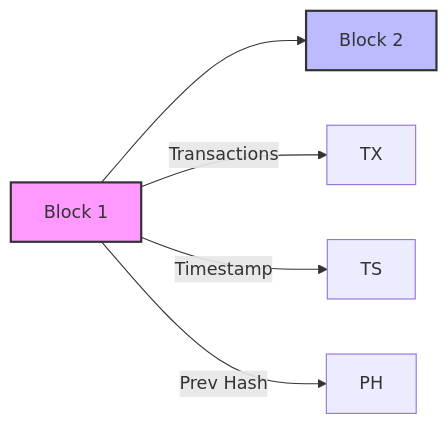
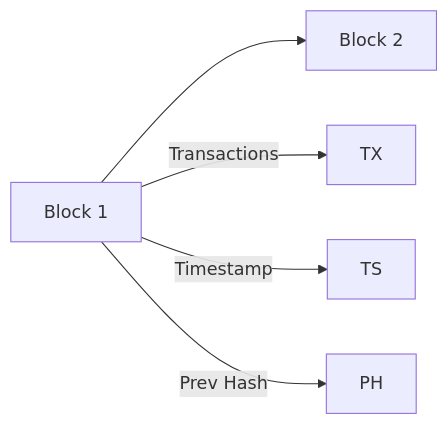
One commit to MrRogueKnight/Dev3Pack-Lisk-Solidity-Bootcamp-2025 changed the first of 5 diagrams in homework/week1-article-blockchain.md. Above: the diagram before and after it, drawn with Mermaid. The commit also changed other lines of this file, not shown here.

````diff
--- a/homework/week1-article-blockchain.md
+++ b/homework/week1-article-blockchain.md
@@ -40,9 +39,9 @@
 ```mermaid
 flowchart LR
-    A[Block 1] --> B[Block 2]
+    A[Block 1]
+    B[Block 2]
+    A --> B
     A -->|Transactions| TX
     A -->|Timestamp| TS
     A -->|Prev Hash| PH
-    style A fill:#f9f,stroke:#333,stroke-width:2px
-    style B fill:#bbf,stroke:#333,stroke-width:2px
 ```
````
